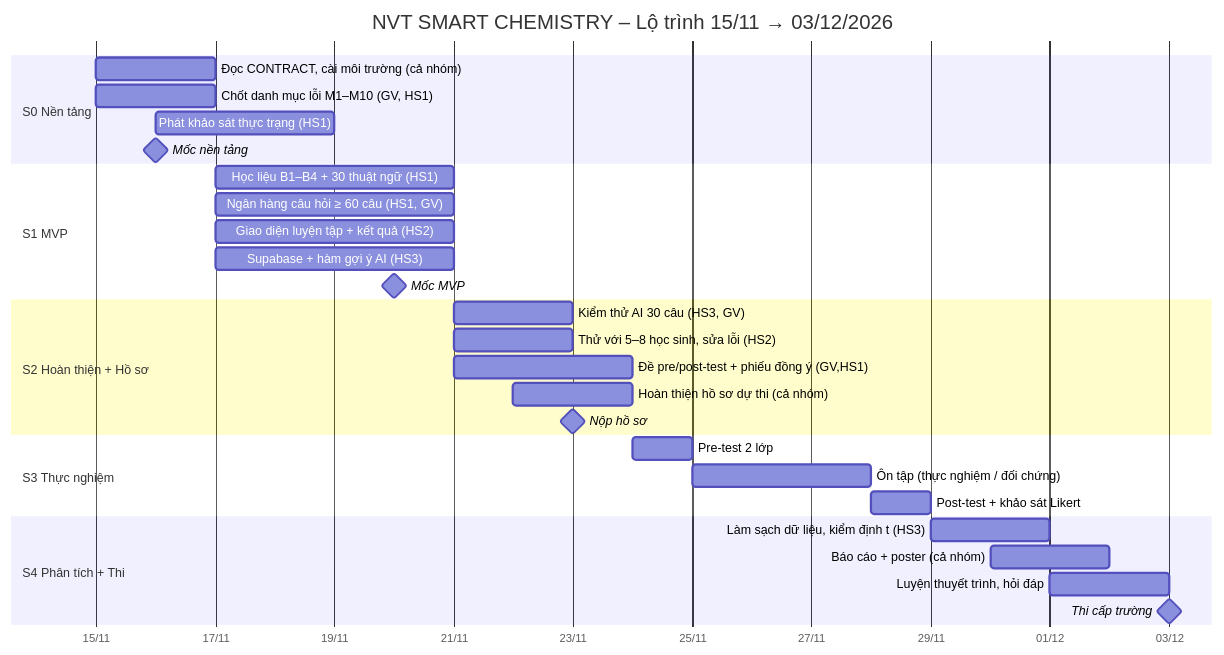
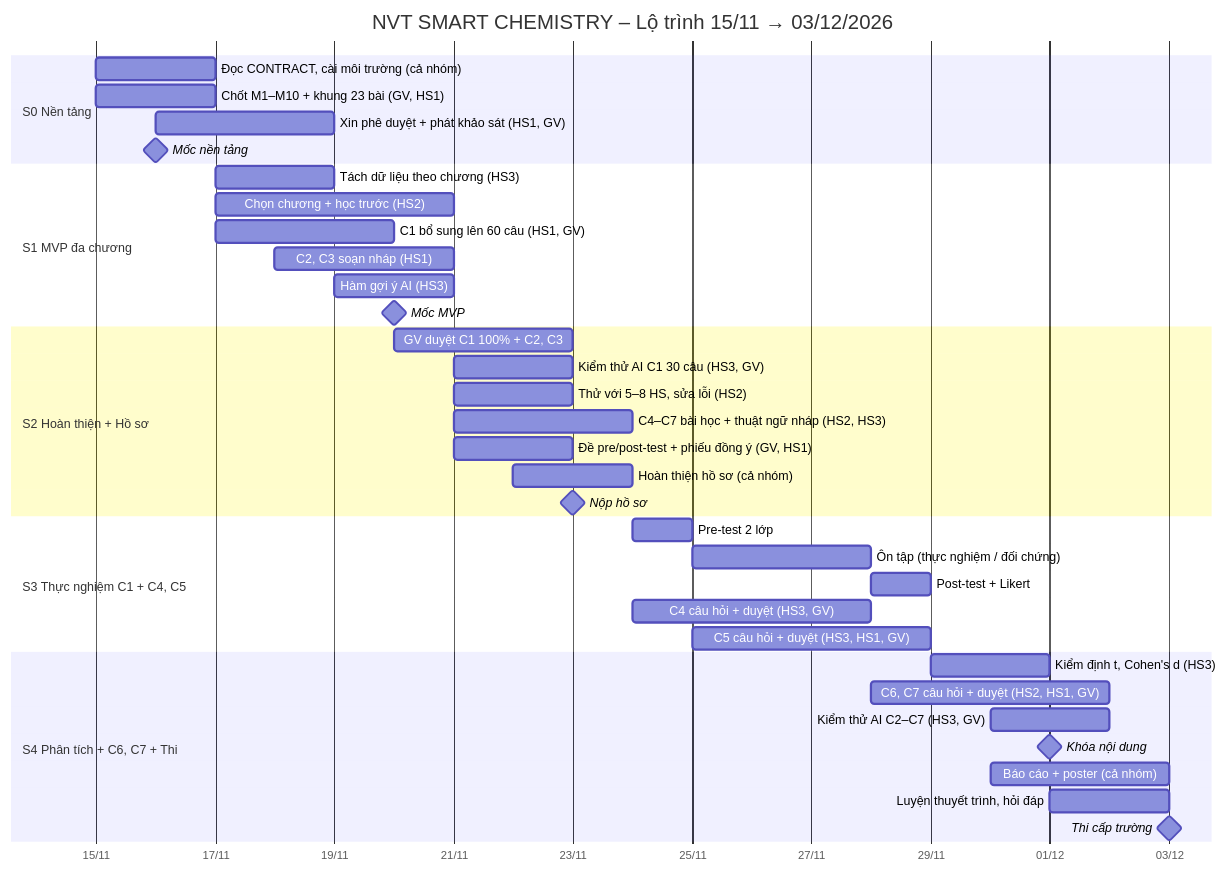
Before and after one commit to tantruongg23/nvt-chemz: the diagram in docs/management/ROADMAP.md, drawn with Mermaid. The commit also changed other lines of this file and 20 other files, not shown here.

First line of the commit message:
Mở rộng phạm vi 7 chương Hóa 10, rà soát nội dung và mã nguồn

````diff
--- a/docs/management/ROADMAP.md
+++ b/docs/management/ROADMAP.md
@@ -19,37 +24,45 @@
 ```mermaid
 gantt
     title NVT SMART CHEMISTRY – Lộ trình 15/11 → 03/12/2026
     dateFormat  YYYY-MM-DD
     axisFormat  %d/%m
 
     section S0 Nền tảng
-    Đọc CONTRACT, cài môi trường (cả nhóm)  :s0a, 2026-11-15, 2d
-    Chốt danh mục lỗi M1–M10 (GV, HS1)      :s0b, 2026-11-15, 2d
-    Phát khảo sát thực trạng (HS1)          :s0c, 2026-11-16, 3d
-    Mốc nền tảng                            :milestone, m1, 2026-11-16, 0d
+    Đọc CONTRACT, cài môi trường (cả nhóm)      :s0a, 2026-11-15, 2d
+    Chốt M1–M10 + khung 23 bài (GV, HS1)        :s0b, 2026-11-15, 2d
+    Xin phê duyệt + phát khảo sát (HS1, GV)     :s0c, 2026-11-16, 3d
+    Mốc nền tảng                                :milestone, m1, 2026-11-16, 0d
 
-    section S1 MVP
-    Học liệu B1–B4 + 30 thuật ngữ (HS1)     :s1a, 2026-11-17, 4d
-    Ngân hàng câu hỏi ≥ 60 câu (HS1, GV)    :s1b, 2026-11-17, 4d
-    Giao diện luyện tập + kết quả (HS2)     :s1c, 2026-11-17, 4d
-    Supabase + hàm gợi ý AI (HS3)           :s1d, 2026-11-17, 4d
-    Mốc MVP                                 :milestone, m2, 2026-11-20, 0d
+    section S1 MVP đa chương
+    Tách dữ liệu theo chương (HS3)              :s1a, 2026-11-17, 2d
+    Chọn chương + học trước (HS2)               :s1b, 2026-11-17, 4d
+    C1 bổ sung lên 60 câu (HS1, GV)             :s1c, 2026-11-17, 3d
+    C2, C3 soạn nháp (HS1)                      :s1d, 2026-11-18, 3d
+    Hàm gợi ý AI (HS3)                          :s1e, 2026-11-19, 2d
+    Mốc MVP                                     :milestone, m2, 2026-11-20, 0d
 
     section S2 Hoàn thiện + Hồ sơ
-    Kiểm thử AI 30 câu (HS3, GV)            :s2a, 2026-11-21, 2d
-    Thử với 5–8 học sinh, sửa lỗi (HS2)     :s2b, 2026-11-21, 2d
-    Đề pre/post-test + phiếu đồng ý (GV,HS1):s2c, 2026-11-21, 3d
-    Hoàn thiện hồ sơ dự thi (cả nhóm)       :s2d, 2026-11-22, 2d
-    Nộp hồ sơ                               :milestone, m3, 2026-11-23, 0d
+    GV duyệt C1 100% + C2, C3                   :s2a, 2026-11-20, 3d
+    Kiểm thử AI C1 30 câu (HS3, GV)             :s2b, 2026-11-21, 2d
+    Thử với 5–8 HS, sửa lỗi (HS2)               :s2c, 2026-11-21, 2d
+    C4–C7 bài học + thuật ngữ nháp (HS2, HS3)   :s2d, 2026-11-21, 3d
+    Đề pre/post-test + phiếu đồng ý (GV, HS1)   :s2e, 2026-11-21, 2d
+    Hoàn thiện hồ sơ (cả nhóm)                  :s2f, 2026-11-22, 2d
+    Nộp hồ sơ                                   :milestone, m3, 2026-11-23, 0d
 
-    section S3 Thực nghiệm
-    Pre-test 2 lớp                          :s3a, 2026-11-24, 1d
-    Ôn tập (thực nghiệm / đối chứng)        :s3b, 2026-11-25, 3d
-    Post-test + khảo sát Likert             :s3c, 2026-11-28, 1d
+    section S3 Thực nghiệm C1 + C4, C5
+    Pre-test 2 lớp                              :s3a, 2026-11-24, 1d
+    Ôn tập (thực nghiệm / đối chứng)            :s3b, 2026-11-25, 3d
+    Post-test + Likert                          :s3c, 2026-11-28, 1d
+    C4 câu hỏi + duyệt (HS3, GV)                :s3d, 2026-11-24, 4d
+    C5 câu hỏi + duyệt (HS3, HS1, GV)           :s3e, 2026-11-25, 4d
 
-    section S4 Phân tích + Thi
-    Làm sạch dữ liệu, kiểm định t (HS3)     :s4a, 2026-11-29, 2d
-    Báo cáo + poster (cả nhóm)              :s4b, 2026-11-30, 2d
-    Luyện thuyết trình, hỏi đáp             :s4c, 2026-12-01, 2d
-    Thi cấp trường                          :milestone, m5, 2026-12-03, 0d
+    section S4 Phân tích + C6, C7 + Thi
+    Kiểm định t, Cohen's d (HS3)                :s4a, 2026-11-29, 2d
+    C6, C7 câu hỏi + duyệt (HS2, HS1, GV)       :s4b, 2026-11-28, 4d
+    Kiểm thử AI C2–C7 (HS3, GV)                 :s4c, 2026-11-30, 2d
+    Khóa nội dung                               :milestone, m5, 2026-12-01, 0d
+    Báo cáo + poster (cả nhóm)                  :s4d, 2026-11-30, 3d
+    Luyện thuyết trình, hỏi đáp                 :s4e, 2026-12-01, 2d
+    Thi cấp trường                              :milestone, m6, 2026-12-03, 0d
 ```
````
